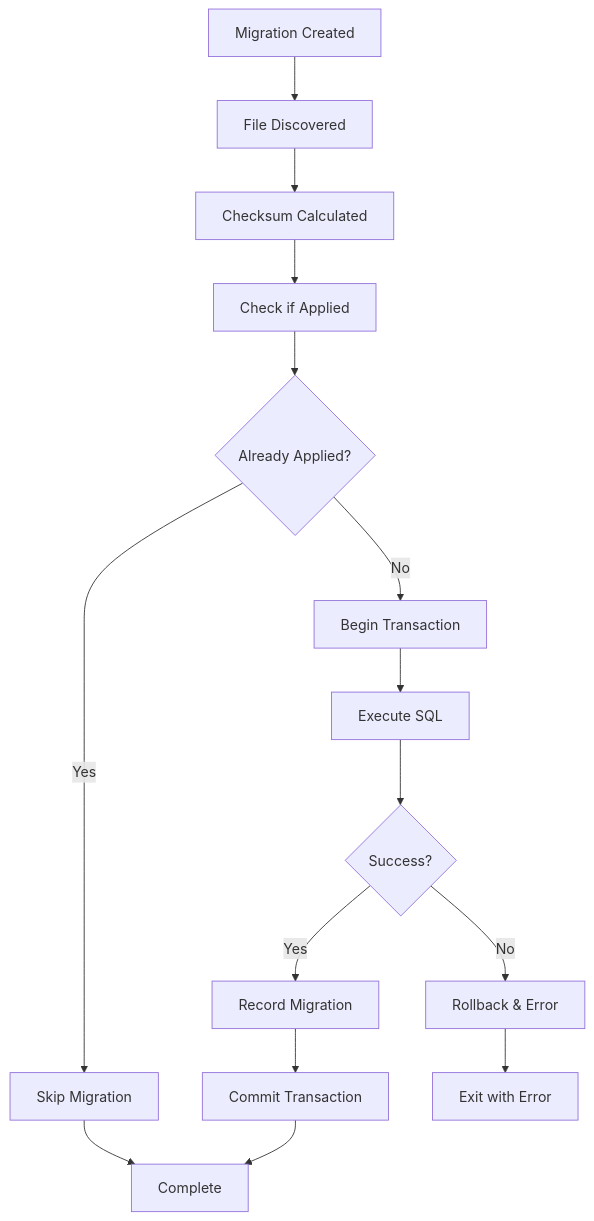
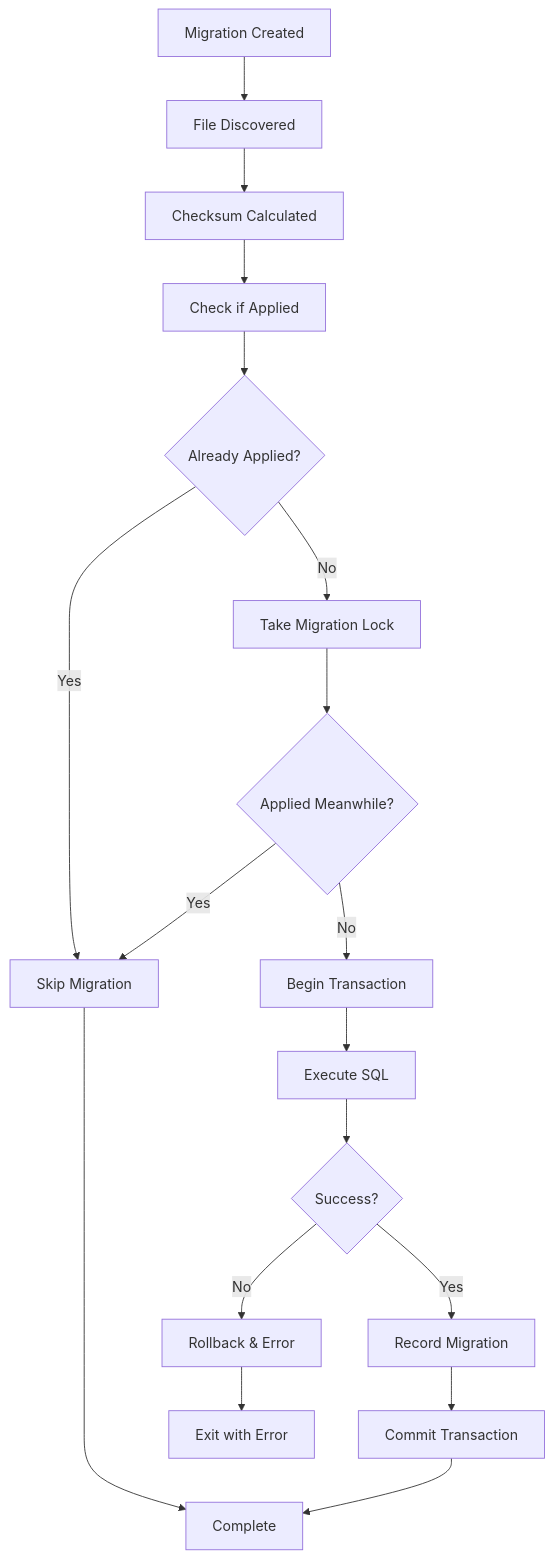
One commit to hherb/bmlibrarian changed the diagram in doc/developers/architecture.md. Above: the diagram before and after it, drawn with Mermaid. The commit also changed other lines of this file and 6 other files, not shown here.

````diff
--- a/doc/developers/architecture.md
+++ b/doc/developers/architecture.md
@@ -116,17 +118,20 @@
 ```mermaid
 graph TD
     A[Migration Created] --> B[File Discovered]
     B --> C[Checksum Calculated]
     C --> D[Check if Applied]
     D --> E{Already Applied?}
     E -->|Yes| F[Skip Migration]
-    E -->|No| G[Begin Transaction]
+    E -->|No| P[Take Migration Lock]
+    P --> Q{Applied Meanwhile?}
+    Q -->|Yes| F
+    Q -->|No| G[Begin Transaction]
     G --> H[Execute SQL]
     H --> I{Success?}
     I -->|Yes| J[Record Migration]
     I -->|No| K[Rollback & Error]
     J --> L[Commit Transaction]
     F --> M[Complete]
     L --> M
     K --> N[Exit with Error]
 ```
````
